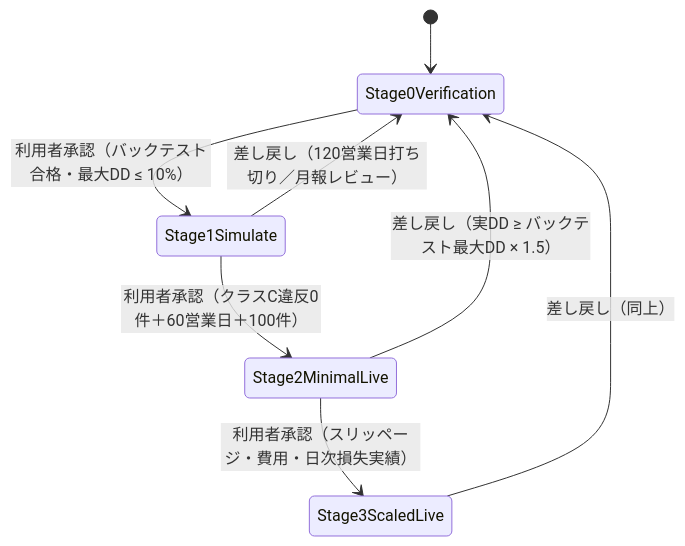
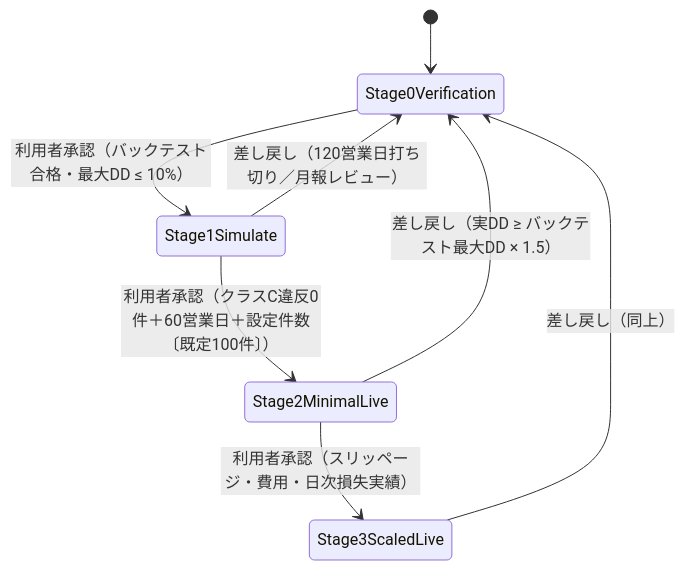
Before and after one commit to endazon/ai-stock-trading: the diagram in docs/functional/FR-20_staged-gates.md, drawn with Mermaid. The commit also changed other lines of this file and 5 other files, not shown here.

````diff
--- a/docs/functional/FR-20_staged-gates.md
+++ b/docs/functional/FR-20_staged-gates.md
@@ -328,10 +358,10 @@
 ```mermaid
 stateDiagram-v2
   [*] --> Stage0Verification
   Stage0Verification --> Stage1Simulate: 利用者承認（バックテスト合格・最大DD ≤ 10%）
-  Stage1Simulate --> Stage2MinimalLive: 利用者承認（クラスC違反0件＋60営業日＋100件）
+  Stage1Simulate --> Stage2MinimalLive: 利用者承認（クラスC違反0件＋60営業日＋設定件数〔既定100件〕）
   Stage2MinimalLive --> Stage3ScaledLive: 利用者承認（スリッページ・費用・日次損失実績）
   Stage1Simulate --> Stage0Verification: 差し戻し（120営業日打ち切り／月報レビュー）
   Stage2MinimalLive --> Stage0Verification: 差し戻し（実DD ≥ バックテスト最大DD × 1.5）
   Stage3ScaledLive --> Stage0Verification: 差し戻し（同上）
 ```
````
